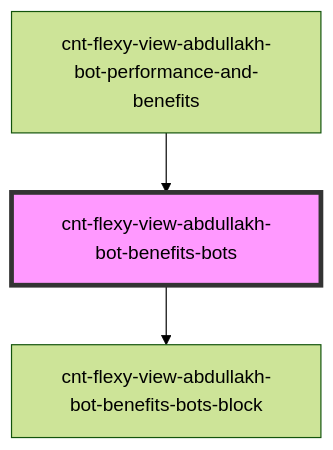
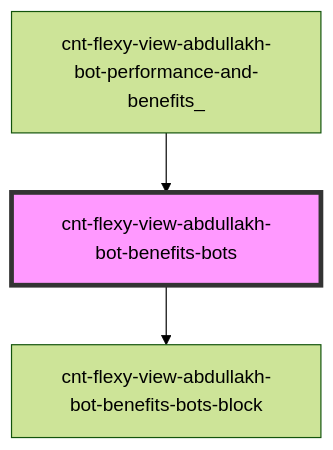
One commit to Wokh-Dada/botdevelopmentapp changed the diagram in src/components/cnt-flexy-view-abdullakh-bot-performance-and-benefits/res/view/cnt-flexy-view-abdullakh-bot-performance-and-benefits_/res/view/cnt-flexy-view-abdullakh-bot-benefits-bots/readme.md. Above: the diagram before and after it, drawn with Mermaid (forest theme). The commit also changed other lines of this file and 34 other files, not shown here.

````diff
--- a/src/components/cnt-flexy-view-abdullakh-bot-performance-and-benefits/res/view/cnt-flexy-view-abdullakh-bot-performance-and-benefits_/res/view/cnt-flexy-view-abdullakh-bot-benefits-bots/readme.md
+++ b/src/components/cnt-flexy-view-abdullakh-bot-performance-and-benefits/res/view/cnt-flexy-view-abdullakh-bot-performance-and-benefits_/res/view/cnt-flexy-view-abdullakh-bot-benefits-bots/readme.md
@@ -33,6 +33,6 @@
 ```mermaid
 graph TD;
   cnt-flexy-view-abdullakh-bot-benefits-bots --> cnt-flexy-view-abdullakh-bot-benefits-bots-block
-  cnt-flexy-view-abdullakh-bot-performance-and-benefits --> cnt-flexy-view-abdullakh-bot-benefits-bots
+  cnt-flexy-view-abdullakh-bot-performance-and-benefits_ --> cnt-flexy-view-abdullakh-bot-benefits-bots
   style cnt-flexy-view-abdullakh-bot-benefits-bots fill:#f9f,stroke:#333,stroke-width:4px
 ```
````
